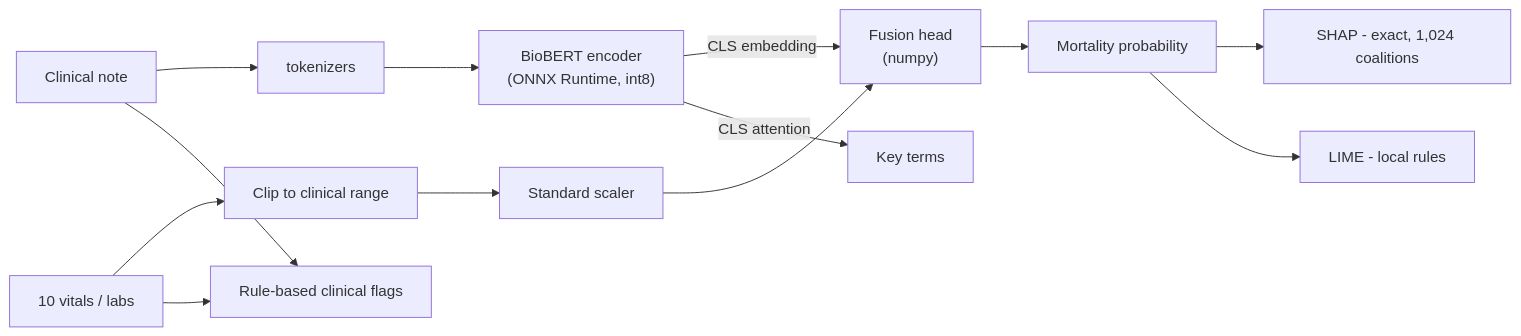
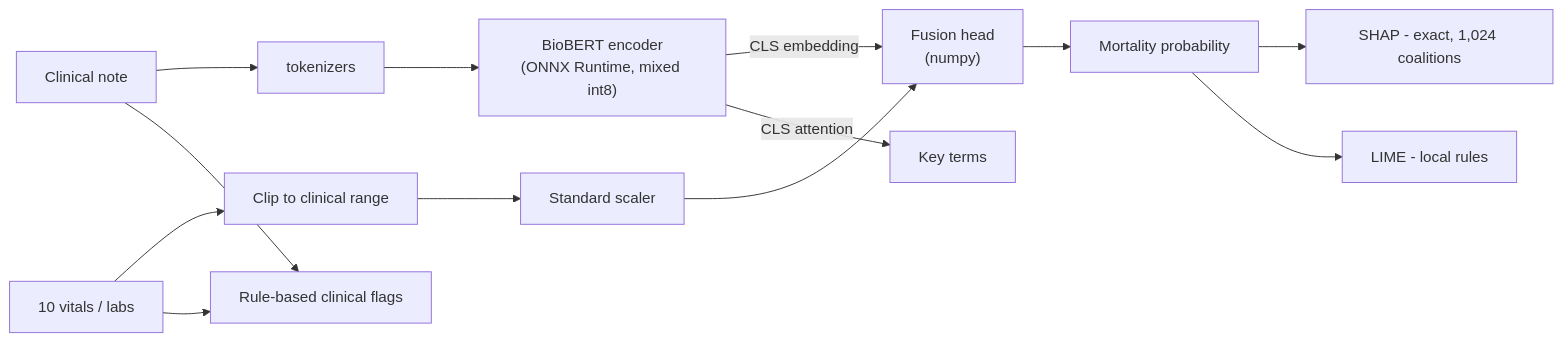
The diagram in README.md (kalavalashivaharikowshik/mimic-nlp-explainable-ai), drawn with Mermaid before and after one commit. The commit also changed other lines of this file and 1 other file, not shown here.

First line of the commit message:
docs: real-model screenshots and measured numbers for the ONNX version

````diff
--- a/README.md
+++ b/README.md
@@ -47,12 +47,12 @@
 ```mermaid
 flowchart LR
-    N[Clinical note] --> T[tokenizers] --> B["BioBERT encoder<br/>(ONNX Runtime, int8)"]
+    N[Clinical note] --> T[tokenizers] --> B["BioBERT encoder<br/>(ONNX Runtime, mixed int8)"]
     B -->|CLS embedding| F
     B -->|"CLS attention"| A[Key terms]
     V[10 vitals / labs] --> C[Clip to clinical range] --> S[Standard scaler] --> F["Fusion head<br/>(numpy)"]
     F --> P[Mortality probability]
     P --> SH["SHAP - exact, 1,024 coalitions"]
     P --> LI[LIME - local rules]
     V --> R[Rule-based clinical flags]
     N --> R
 ```
````
